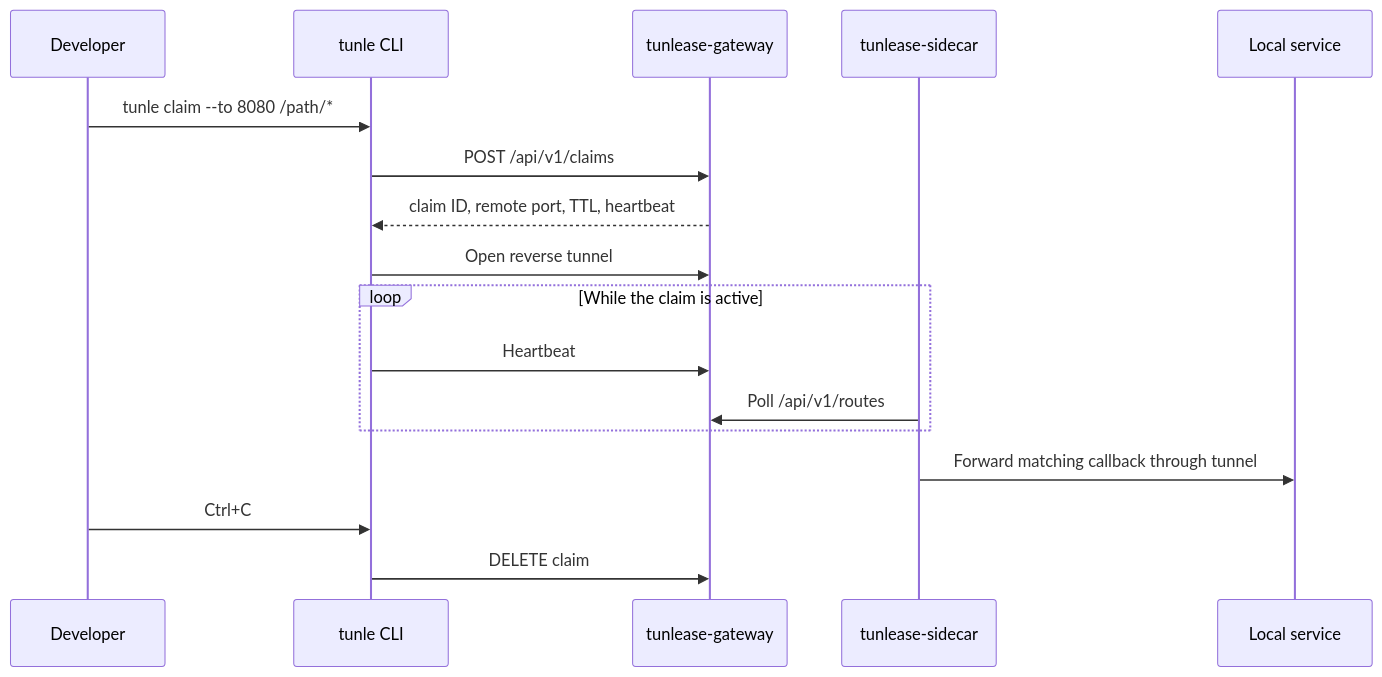
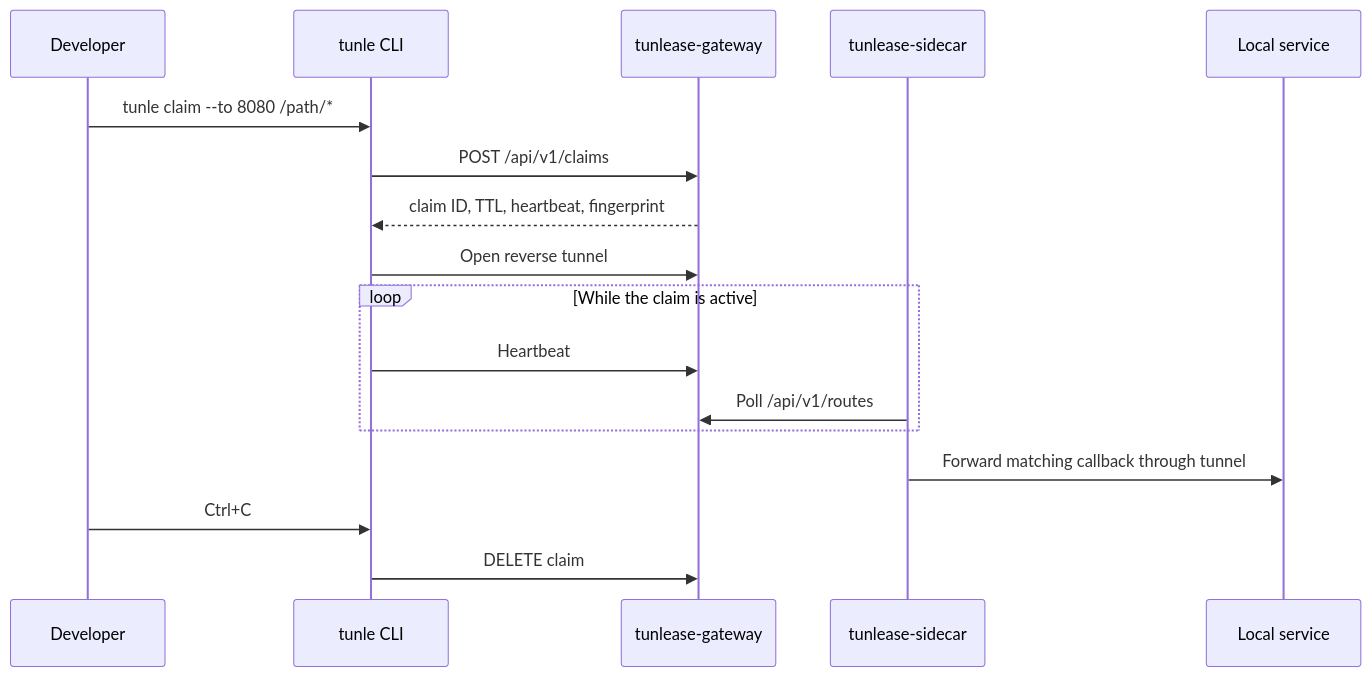
The third of 3 diagrams in docs/architecture.md (iml885203/tunlease), drawn with Mermaid before and after one commit. The commit also changed 24 other files, not shown here.

First line of the commit message:
refactor: retire per-claim RemotePort/port_pool, cap by max_claims

````diff
--- a/docs/architecture.md
+++ b/docs/architecture.md
@@ -71,20 +71,20 @@
 ```mermaid
 sequenceDiagram
     participant Dev as Developer
     participant CLI as tunle CLI
     participant GW as tunlease-gateway
     participant SC as tunlease-sidecar
     participant Local as Local service
 
     Dev->>CLI: tunle claim --to 8080 /path/*
     CLI->>GW: POST /api/v1/claims
-    GW-->>CLI: claim ID, remote port, TTL, heartbeat
+    GW-->>CLI: claim ID, TTL, heartbeat, fingerprint
     CLI->>GW: Open reverse tunnel
     loop While the claim is active
         CLI->>GW: Heartbeat
         SC->>GW: Poll /api/v1/routes
     end
     SC->>Local: Forward matching callback through tunnel
     Dev->>CLI: Ctrl+C
     CLI->>GW: DELETE claim
 ```
````
